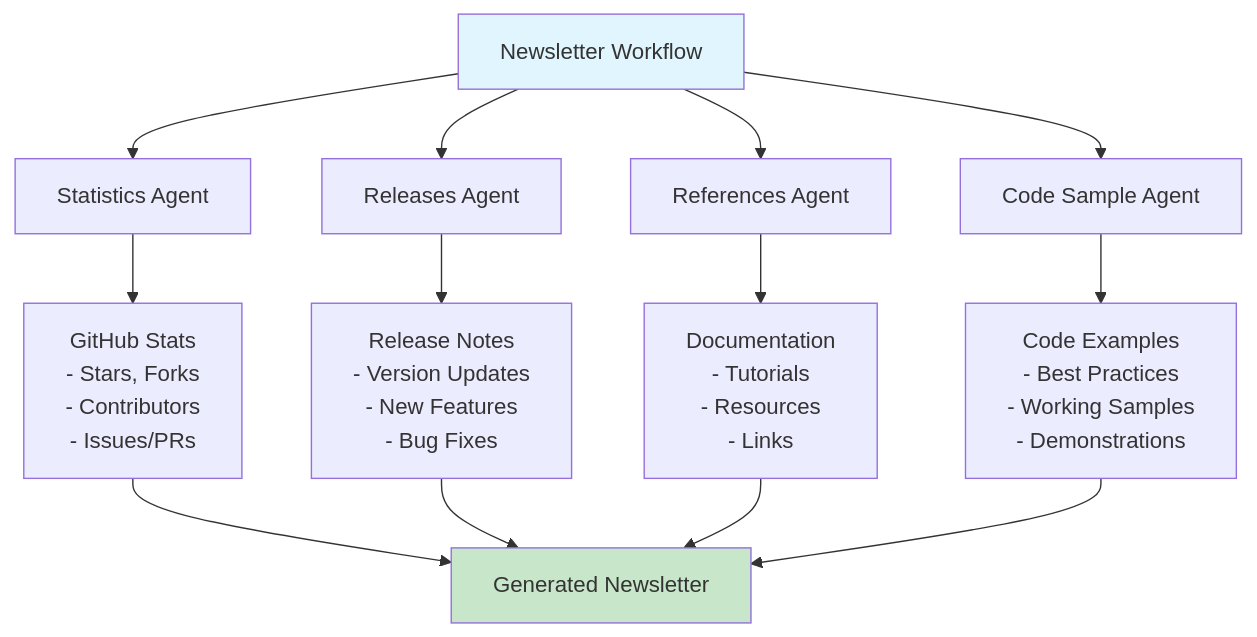
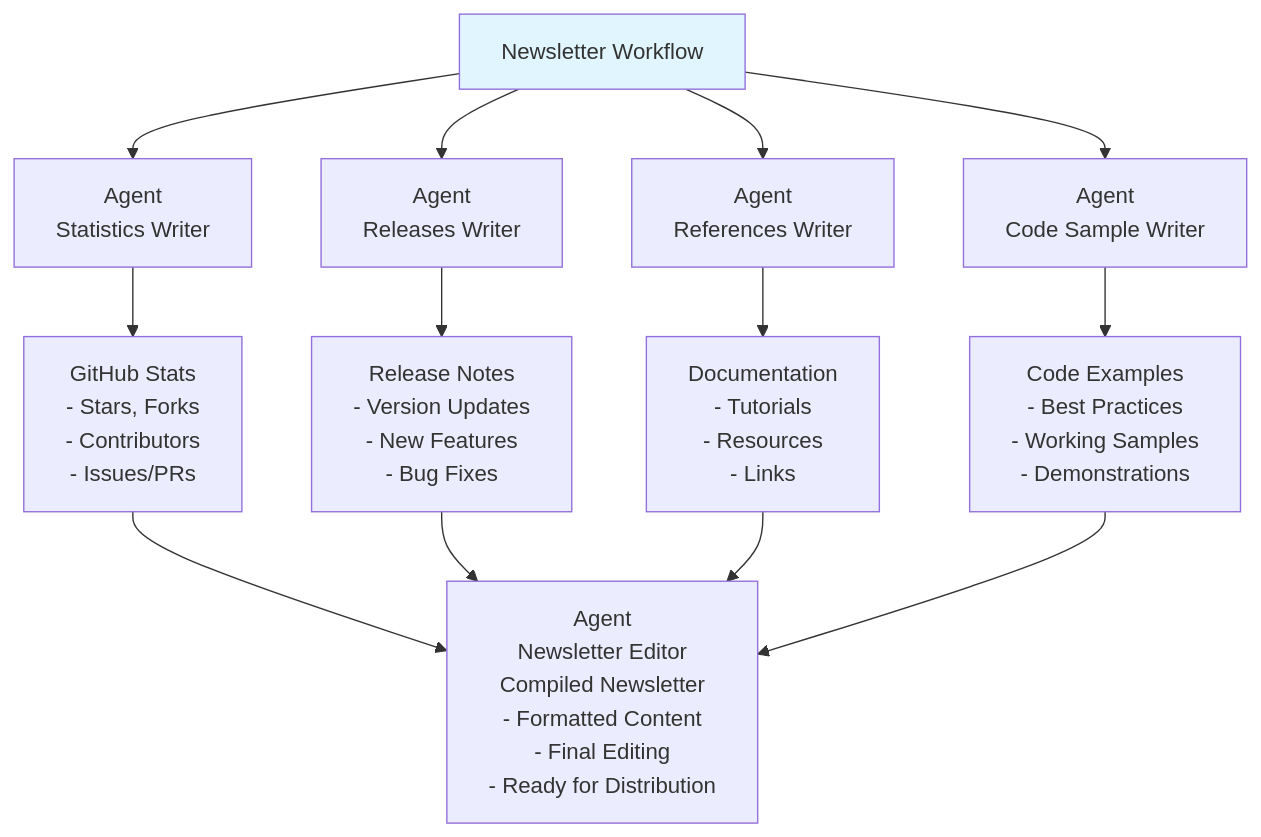
Before and after one commit to agoncal/agentic-newsletter-generator: the diagram in README.md, drawn with Mermaid. The commit also changed other lines of this file, not shown here.

Commit message:
Update README.md with accurate project structure and Azure deployment details
- Add Newsletter Editor Agent to architecture diagram and descriptions
- Update LangChain4j version to 1.5.0
- Clarify Azure AI Foundry model deployments (Phi-4 and gpt-5-mini)
- Improve agent naming consistency and descriptions
- Add specific deployment configuration details

🤖 Generated with [Claude Code](https://claude.ai/code)

````diff
--- a/README.md
+++ b/README.md
@@ -9,20 +9,19 @@
 ```mermaid
 graph TD
-    A[Newsletter Workflow] --> B[Statistics Agent]
-    A --> C[Releases Agent]
-    A --> D[References Agent]
-    A --> E[Code Sample Agent]
-    
-    B --> F[GitHub Stats<br/>- Stars, Forks<br/>- Contributors<br/>- Issues/PRs]
-    C --> G[Release Notes<br/>- Version Updates<br/>- New Features<br/>- Bug Fixes]
-    D --> H[Documentation<br/>- Tutorials<br/>- Resources<br/>- Links]
-    E --> I[Code Examples<br/>- Best Practices<br/>- Working Samples<br/>- Demonstrations]
-    
-    F --> J[Generated Newsletter]
-    G --> J
-    H --> J
-    I --> J
-    
+    A[Newsletter Workflow] --> B[Agent<br/>Statistics Writer]
+    A --> C[Agent<br/>Releases Writer]
+    A --> D[Agent<br/>References Writer]
+    A --> E[Agent<br/>Code Sample Writer]
+
+    B --> G[GitHub Stats<br/>- Stars, Forks<br/>- Contributors<br/>- Issues/PRs]
+    C --> H[Release Notes<br/>- Version Updates<br/>- New Features<br/>- Bug Fixes]
+    D --> I[Documentation<br/>- Tutorials<br/>- Resources<br/>- Links]
+    E --> J[Code Examples<br/>- Best Practices<br/>- Working Samples<br/>- Demonstrations]
+
+    G --> K[Agent<br/>Newsletter Editor<br/>Compiled Newsletter<br/>- Formatted Content<br/>- Final Editing<br/>- Ready for Distribution]
+    H --> K
+    I --> K
+    J --> K
+
     style A fill:#e1f5fe
-    style J fill:#c8e6c9
 ```
````
